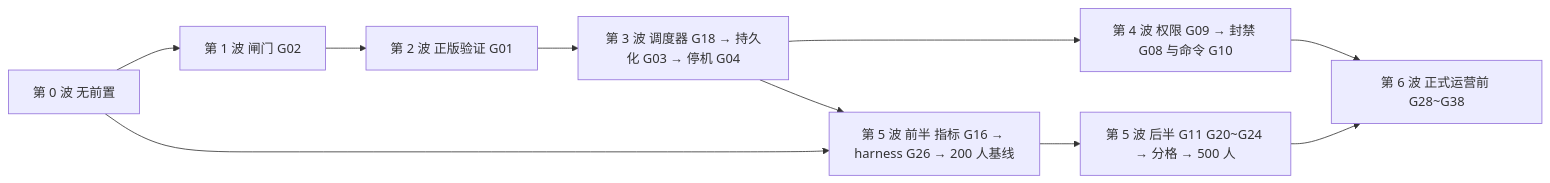
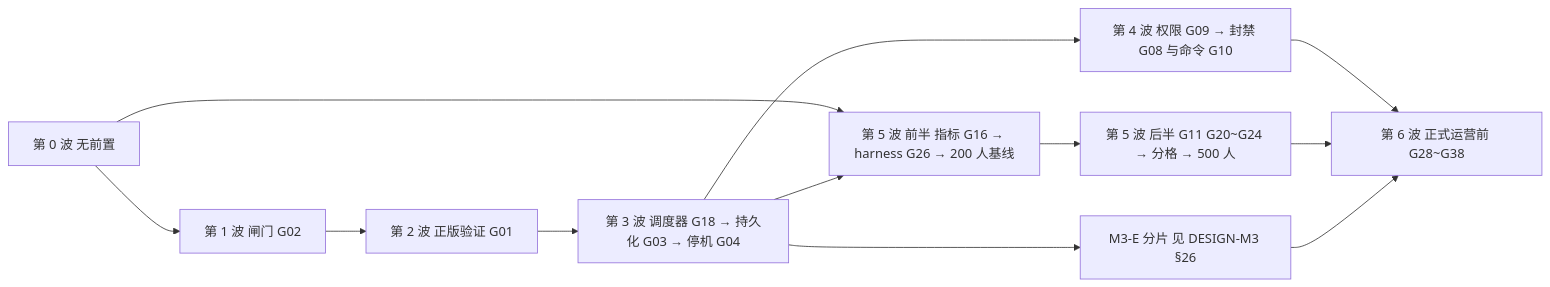
Diagram 12 of 12 in docs/DESIGN-PROD.md (Bearisbug/synaxis), drawn with Mermaid before and after one commit. The commit also changed other lines of this file, not shown here.

First line of the commit message:
docs(prod): DESIGN-PROD v0.5 defines the transfer ticket itself

````diff
--- a/docs/DESIGN-PROD.md
+++ b/docs/DESIGN-PROD.md
@@ -1855,12 +1911,14 @@
 ```mermaid
 flowchart LR
   W0[第 0 波 无前置] --> W1[第 1 波 闸门 G02]
   W1 --> W2[第 2 波 正版验证 G01]
   W2 --> W3[第 3 波 调度器 G18 → 持久化 G03 → 停机 G04]
   W3 --> W4[第 4 波 权限 G09 → 封禁 G08 与命令 G10]
   W0 --> W5a[第 5 波 前半 指标 G16 → harness G26 → 200 人基线]
   W3 --> W5a
   W5a --> W5b[第 5 波 后半 G11 G20~G24 → 分格 → 500 人]
   W4 --> W6[第 6 波 正式运营前 G28~G38]
   W5b --> W6
+  W3 --> M3E[M3-E 分片 见 DESIGN-M3 §26]
+  M3E --> W6
 ```
````
